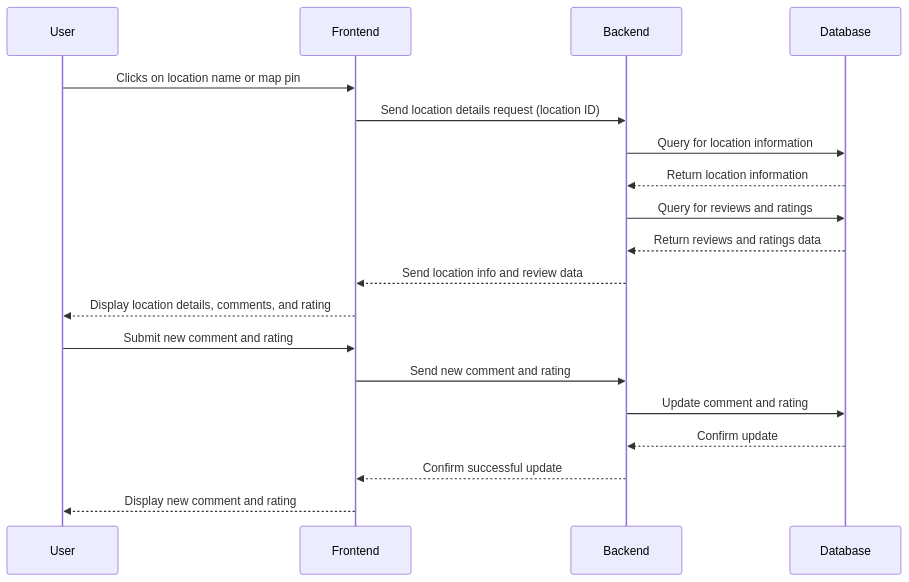
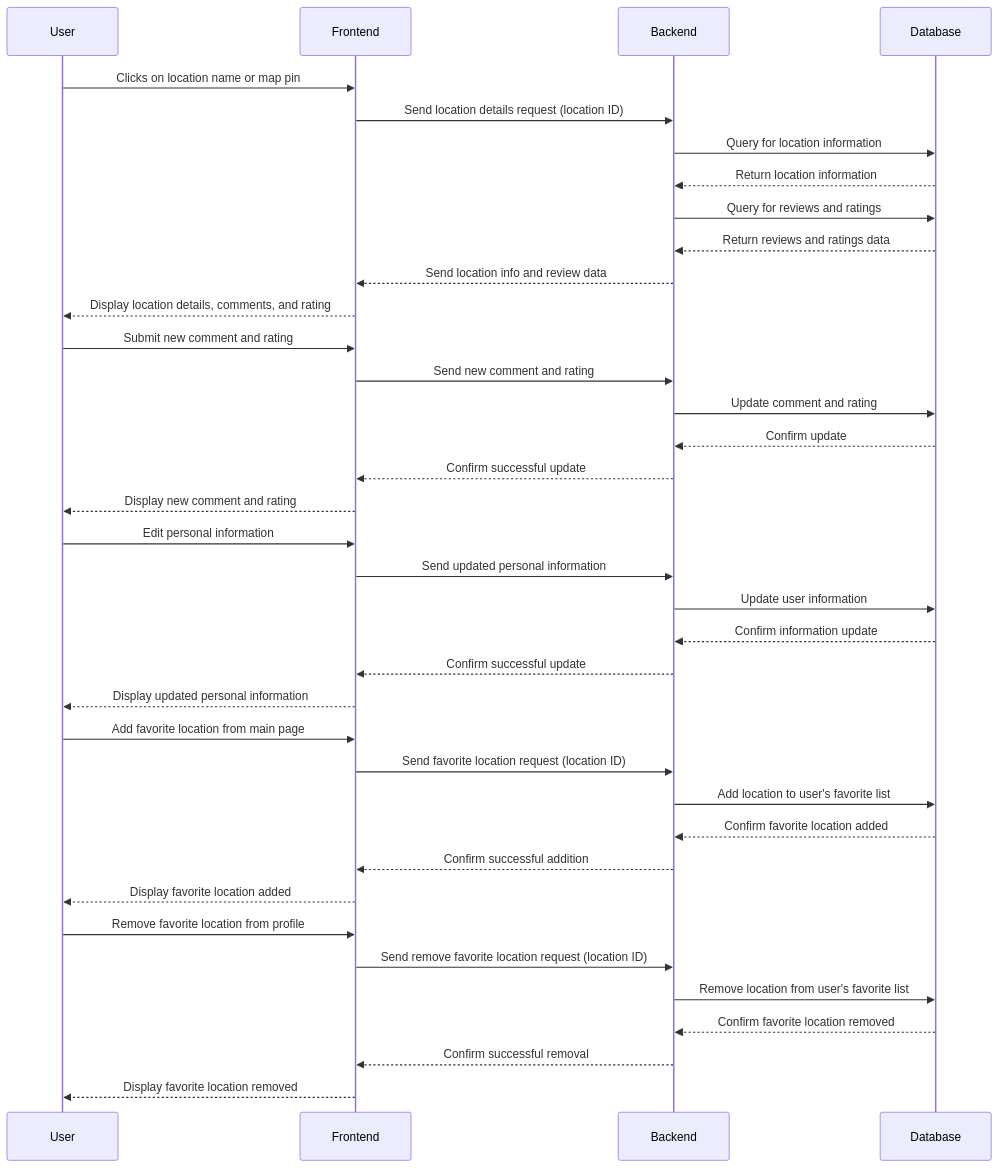
The sixth of 6 diagrams in README.md (bjrodrigu/Project_08), drawn with Mermaid before and after one commit.

````diff
--- a/README.md
+++ b/README.md
@@ -280,24 +280,46 @@
 ```mermaid
 sequenceDiagram
     participant User
     participant Frontend
     participant Backend
     participant Database
 
     User ->> Frontend: Clicks on location name or map pin
     Frontend ->> Backend: Send location details request (location ID)
     Backend ->> Database: Query for location information
     Database -->> Backend: Return location information
     Backend ->> Database: Query for reviews and ratings
     Database -->> Backend: Return reviews and ratings data
     Backend -->> Frontend: Send location info and review data
     Frontend -->> User: Display location details, comments, and rating
 
     User ->> Frontend: Submit new comment and rating
     Frontend ->> Backend: Send new comment and rating
     Backend ->> Database: Update comment and rating
     Database -->> Backend: Confirm update
     Backend -->> Frontend: Confirm successful update
     Frontend -->> User: Display new comment and rating
 
+    User ->> Frontend: Edit personal information
+    Frontend ->> Backend: Send updated personal information
+    Backend ->> Database: Update user information
+    Database -->> Backend: Confirm information update
+    Backend -->> Frontend: Confirm successful update
+    Frontend -->> User: Display updated personal information
+
+    User ->> Frontend: Add favorite location from main page
+    Frontend ->> Backend: Send favorite location request (location ID)
+    Backend ->> Database: Add location to user's favorite list
+    Database -->> Backend: Confirm favorite location added
+    Backend -->> Frontend: Confirm successful addition
+    Frontend -->> User: Display favorite location added
+
+    User ->> Frontend: Remove favorite location from profile
+    Frontend ->> Backend: Send remove favorite location request (location ID)
+    Backend ->> Database: Remove location from user's favorite list
+    Database -->> Backend: Confirm favorite location removed
+    Backend -->> Frontend: Confirm successful removal
+    Frontend -->> User: Display favorite location removed
+
+
 ```
````
